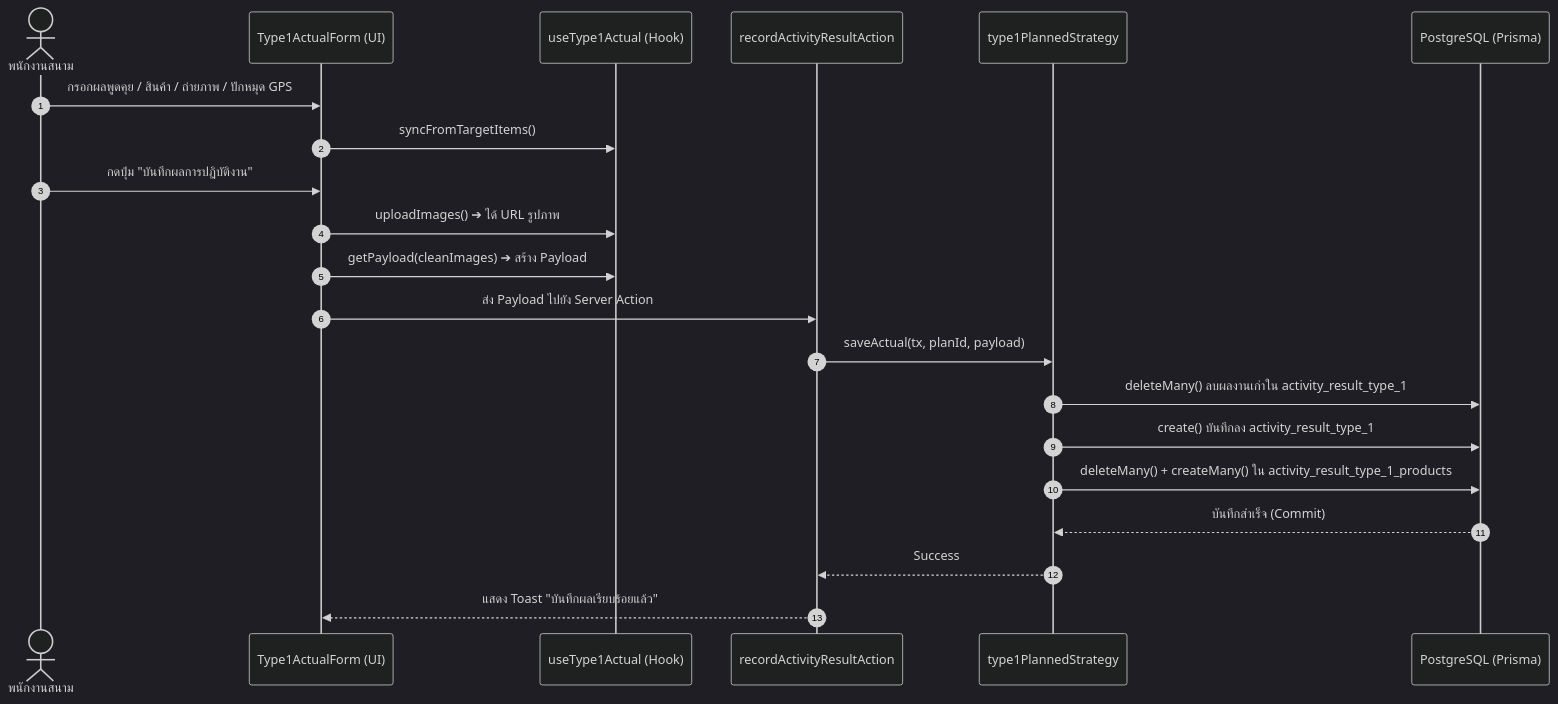
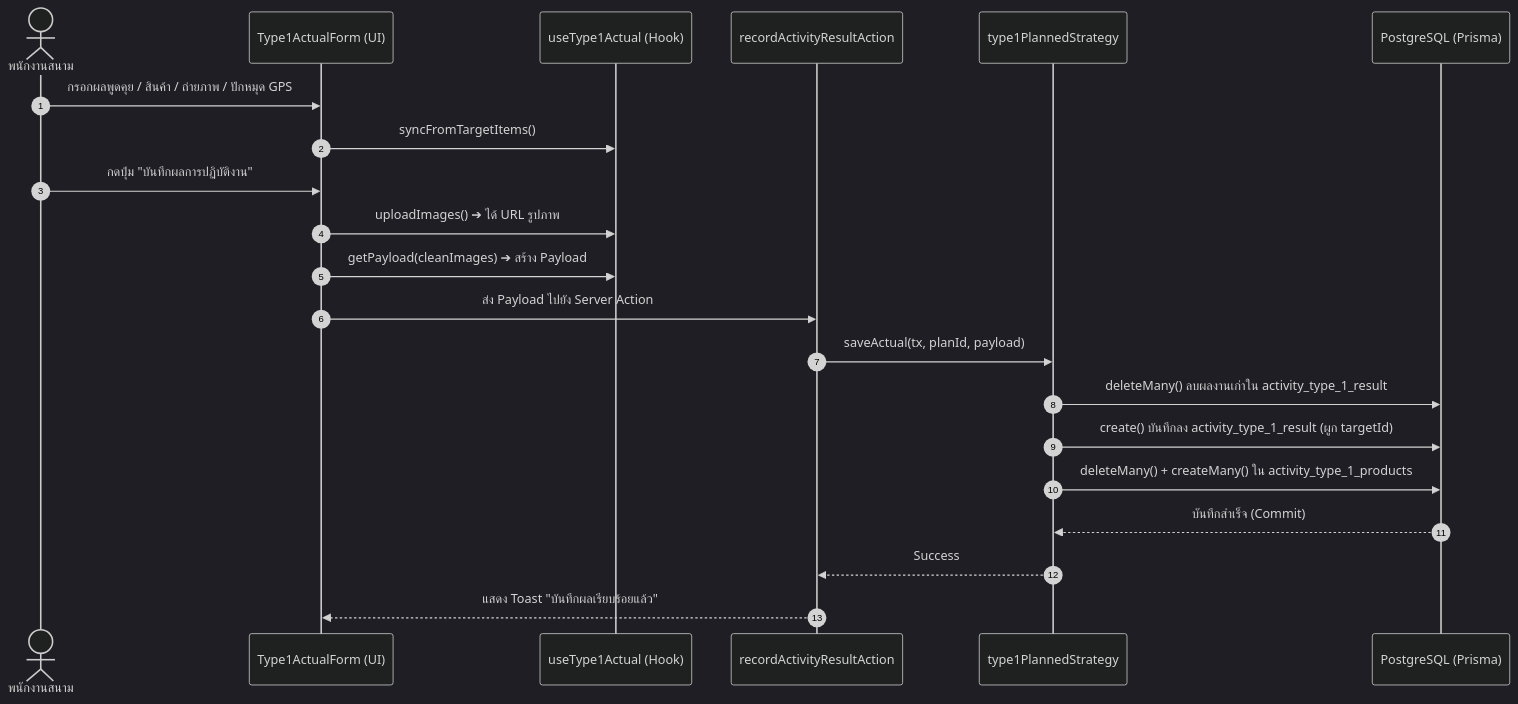
The third of 3 diagrams in modules/activity/features/type-1/README.md (bankhk10/crm-bank), drawn with Mermaid (dark theme) before and after one commit. The commit also changed other lines of this file and 19 other files, not shown here.

````diff
--- a/modules/activity/features/type-1/README.md
+++ b/modules/activity/features/type-1/README.md
@@ -198,24 +198,24 @@
 ```mermaid
 sequenceDiagram
     autonumber
     actor User as พนักงานสนาม
     participant Form as Type1ActualForm (UI)
     participant Hook as useType1Actual (Hook)
     participant Action as recordActivityResultAction
     participant Strategy as type1PlannedStrategy
     participant DB as PostgreSQL (Prisma)
 
     User->>Form: กรอกผลพูดคุย / สินค้า / ถ่ายภาพ / ปักหมุด GPS
     Form->>Hook: syncFromTargetItems()
     User->>Form: กดปุ่ม "บันทึกผลการปฏิบัติงาน"
     Form->>Hook: uploadImages() ➔ ได้ URL รูปภาพ
     Form->>Hook: getPayload(cleanImages) ➔ สร้าง Payload
     Form->>Action: ส่ง Payload ไปยัง Server Action
     Action->>Strategy: saveActual(tx, planId, payload)
-    Strategy->>DB: deleteMany() ลบผลงานเก่าใน activity_result_type_1
-    Strategy->>DB: create() บันทึกลง activity_result_type_1
-    Strategy->>DB: deleteMany() + createMany() ใน activity_result_type_1_products
+    Strategy->>DB: deleteMany() ลบผลงานเก่าใน activity_type_1_result
+    Strategy->>DB: create() บันทึกลง activity_type_1_result (ผูก targetId)
+    Strategy->>DB: deleteMany() + createMany() ใน activity_type_1_products
     DB-->>Strategy: บันทึกสำเร็จ (Commit)
     Strategy-->>Action: Success
     Action-->>Form: แสดง Toast "บันทึกผลเรียบร้อยแล้ว"
 ```
````
